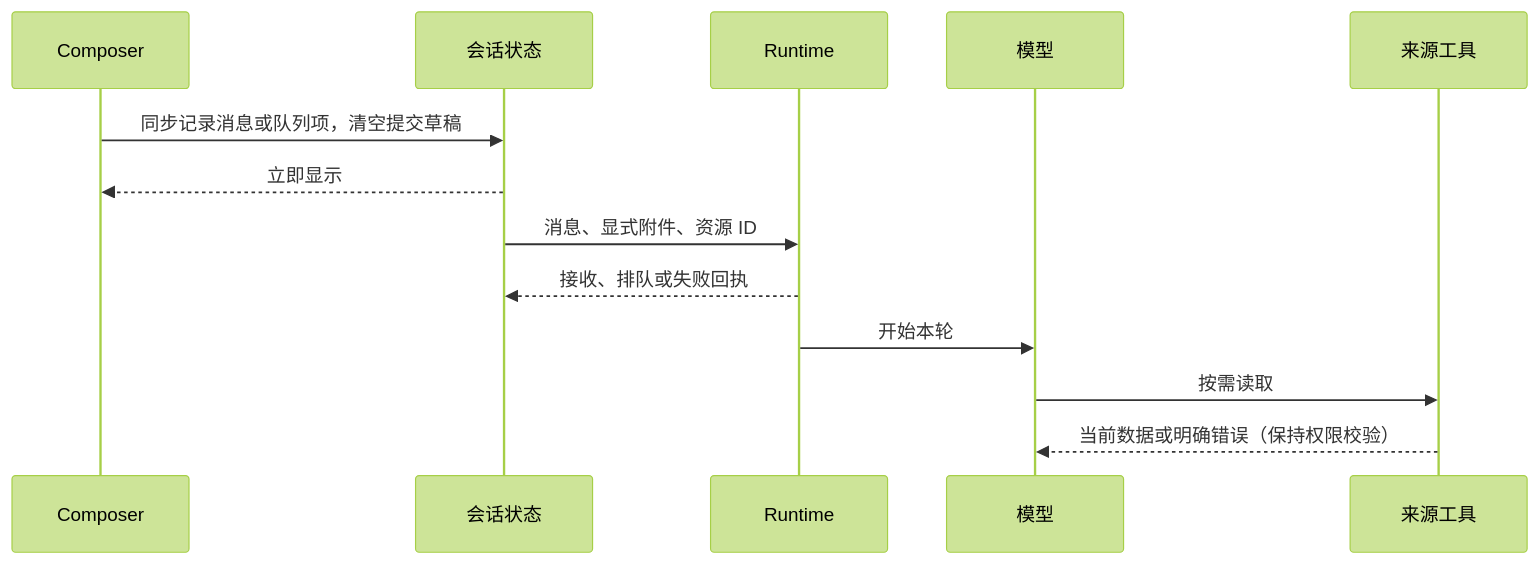
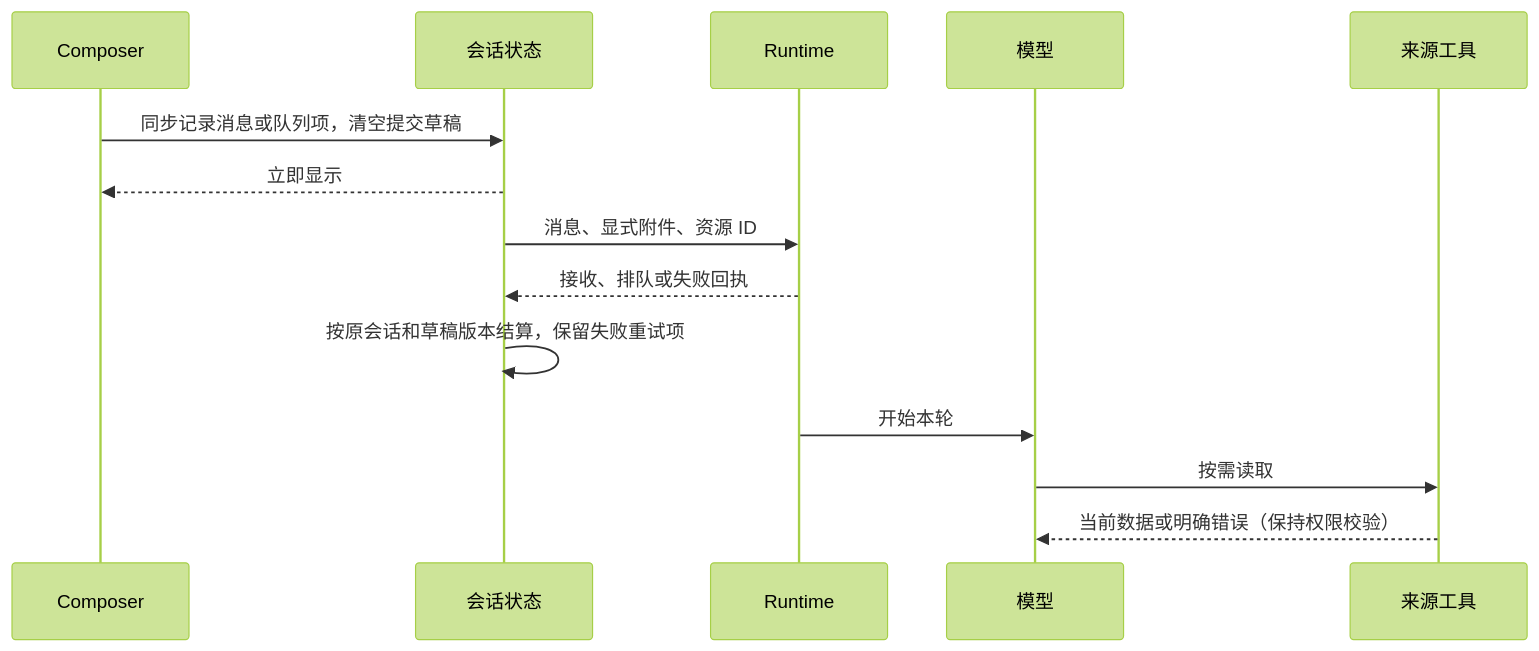
The second of 2 diagrams in docs/zh/wework/developer-guide/wework-chat-state-sources.md (wecode-ai/Wegent), drawn with Mermaid (forest theme) before and after one commit. The commit also changed other lines of this file and 6 other files, not shown here.

````diff
--- a/docs/zh/wework/developer-guide/wework-chat-state-sources.md
+++ b/docs/zh/wework/developer-guide/wework-chat-state-sources.md
@@ -494,15 +496,16 @@
 ```mermaid
 sequenceDiagram
     participant C as Composer
     participant S as 会话状态
     participant R as Runtime
     participant M as 模型
     participant T as 来源工具
     C->>S: 同步记录消息或队列项，清空提交草稿
     S-->>C: 立即显示
     S->>R: 消息、显式附件、资源 ID
     R-->>S: 接收、排队或失败回执
+    S->>S: 按原会话和草稿版本结算，保留失败重试项
     R->>M: 开始本轮
     M->>T: 按需读取
     T-->>M: 当前数据或明确错误（保持权限校验）
 ```
````
